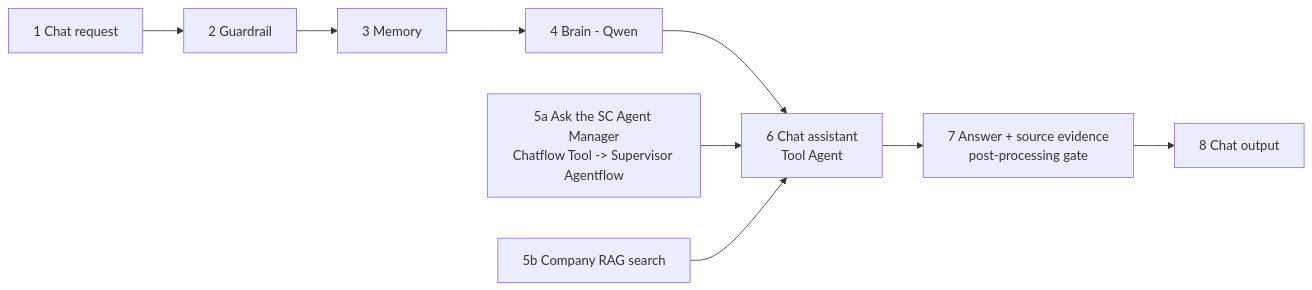
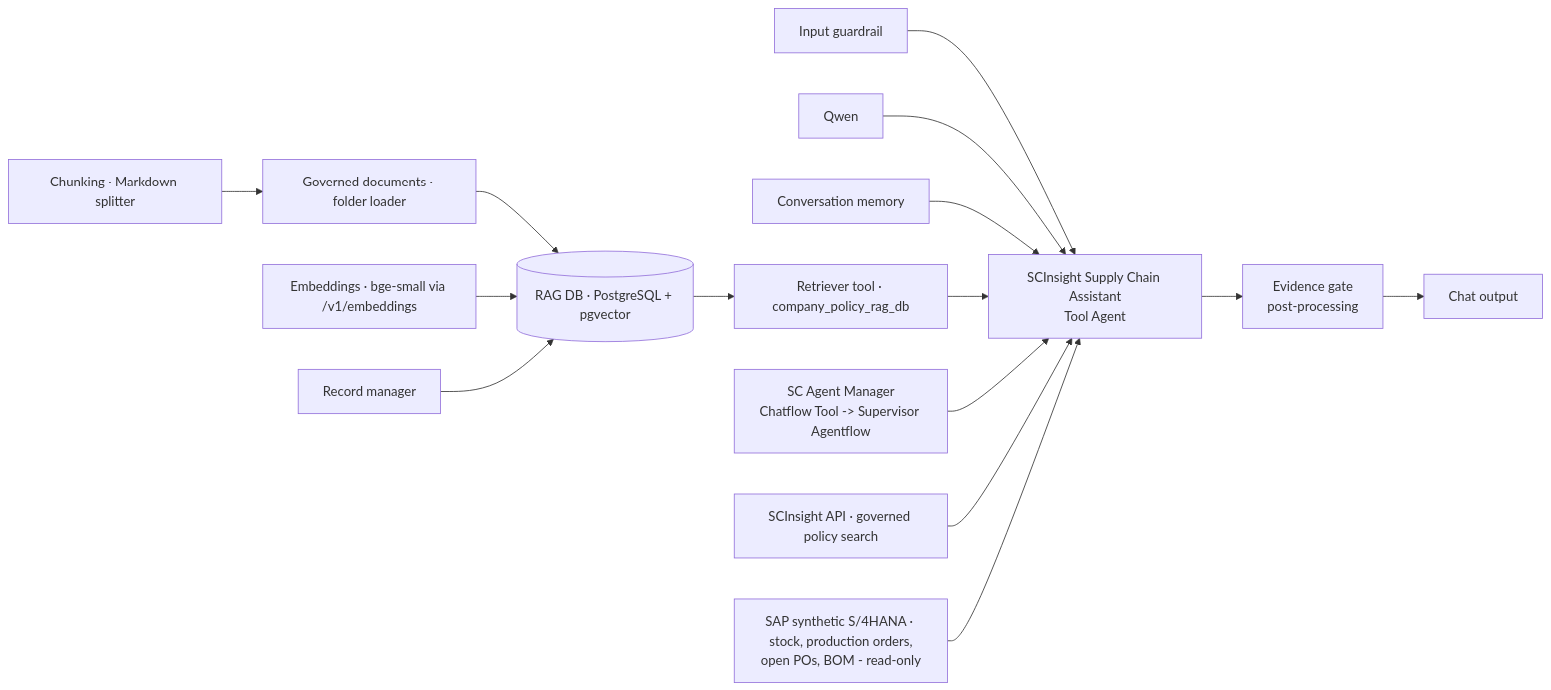
One commit to Sherlock2019/SupplyChain_Predictions changed the diagram in docs/scinsight/FLOWISE_CHATFLOW.md. Above: the diagram before and after it, drawn with Mermaid. The commit also changed other lines of this file and 173 other files, not shown here.

First line of the commit message:
Code explorer (annotated source, function index, call graph, viewer, Flowise code map) and native pgvector RAG DB in the SCInsight Chatflow + specialist Agentflows

````diff
--- a/docs/scinsight/FLOWISE_CHATFLOW.md
+++ b/docs/scinsight/FLOWISE_CHATFLOW.md
@@ -10,8 +11,16 @@
 ```mermaid
 flowchart LR
-    C[1 Chat request] --> G[2 Guardrail] --> MEM[3 Memory] --> B[4 Brain - Qwen]
-    B --> A[6 Chat assistant<br/>Tool Agent]
-    T1[5a Ask the SC Agent Manager<br/>Chatflow Tool -> Supervisor Agentflow] --> A
-    T2[5b Company RAG search] --> A
-    A --> E[7 Answer + source evidence<br/>post-processing gate] --> R[8 Chat output]
+    SPL[Chunking · Markdown splitter] --> DOC[Governed documents · folder loader]
+    DOC --> PG[(RAG DB · PostgreSQL + pgvector)]
+    EMB[Embeddings · bge-small via /v1/embeddings] --> PG
+    RM[Record manager] --> PG
+    PG --> RT[Retriever tool · company_policy_rag_db]
+    G[Input guardrail] --> A[SCInsight Supply Chain Assistant<br/>Tool Agent]
+    Q[Qwen] --> A
+    MEM[Conversation memory] --> A
+    RT --> A
+    T1[SC Agent Manager<br/>Chatflow Tool -> Supervisor Agentflow] --> A
+    T2[SCInsight API · governed policy search] --> A
+    T3[SAP synthetic S/4HANA · stock, production orders,<br/>open POs, BOM - read-only] --> A
+    A --> E[Evidence gate<br/>post-processing] --> R[Chat output]
 ```
````
